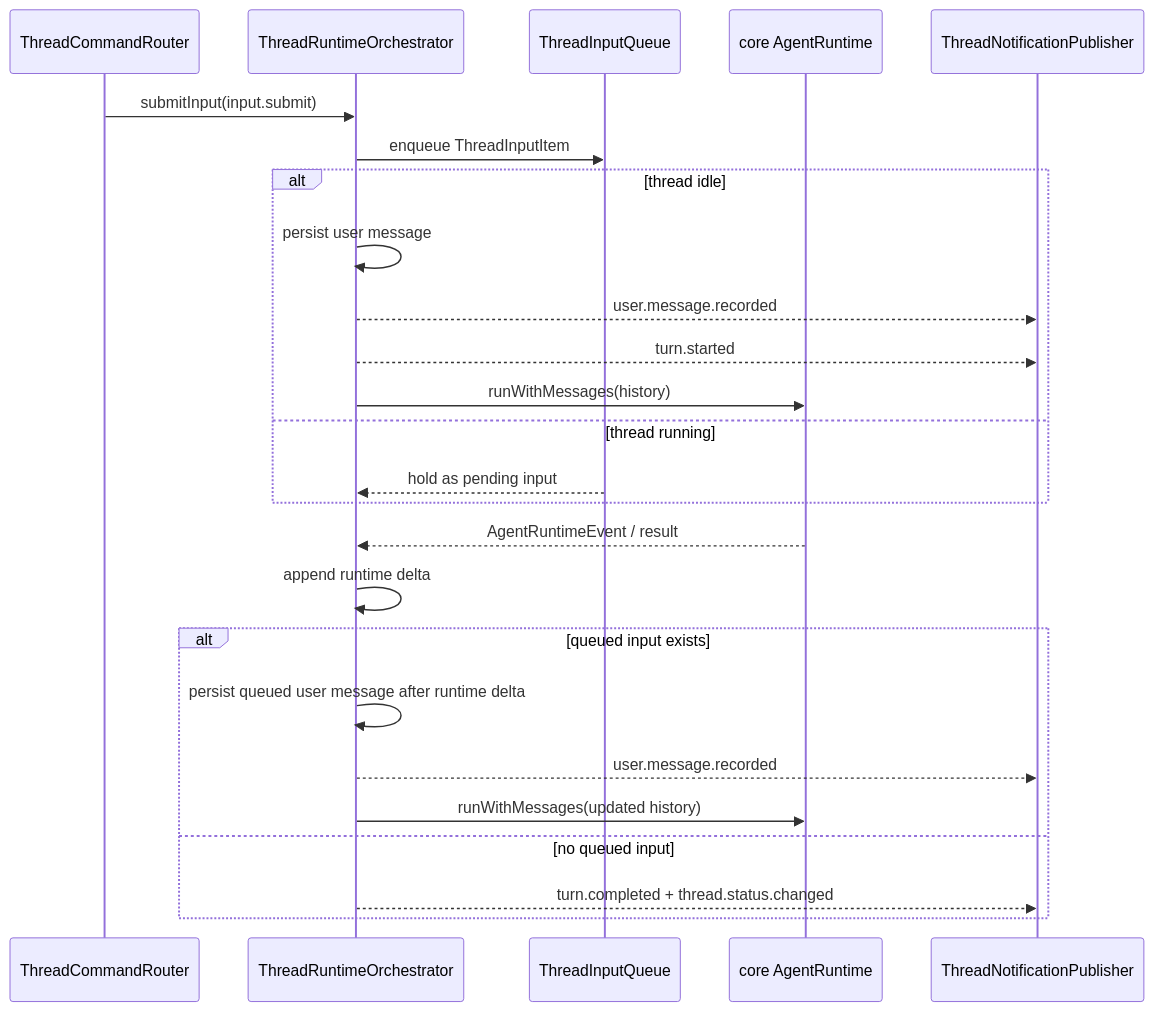
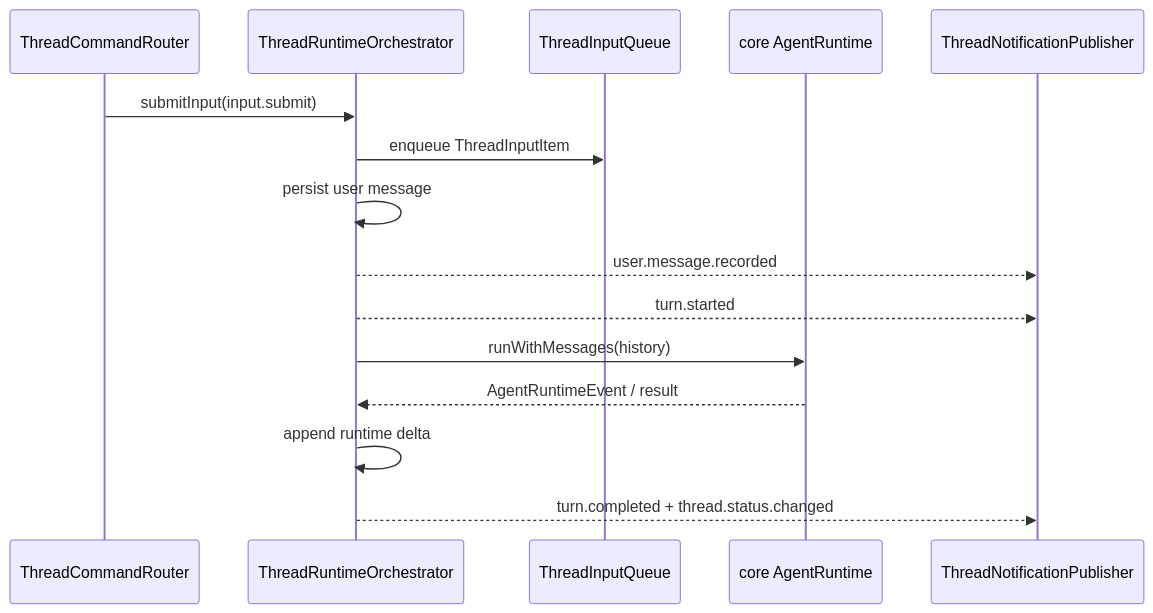
The diagram in apps/agent-server/src/thread/thread.md (Lixuhang987/SpotAgent), drawn with Mermaid before and after one commit. The commit also changed other lines of this file and 10 other files, not shown here.

````diff
--- a/apps/agent-server/src/thread/thread.md
+++ b/apps/agent-server/src/thread/thread.md
@@ -23,28 +23,18 @@
 ```mermaid
 sequenceDiagram
   participant Router as ThreadCommandRouter
   participant Orchestrator as ThreadRuntimeOrchestrator
   participant Queue as ThreadInputQueue
   participant Runtime as core AgentRuntime
   participant Publisher as ThreadNotificationPublisher
 
   Router->>Orchestrator: submitInput(input.submit)
   Orchestrator->>Queue: enqueue ThreadInputItem
-  alt thread idle
-    Orchestrator->>Orchestrator: persist user message
-    Orchestrator-->>Publisher: user.message.recorded
-    Orchestrator-->>Publisher: turn.started
-    Orchestrator->>Runtime: runWithMessages(history)
-  else thread running
-    Queue-->>Orchestrator: hold as pending input
-  end
+  Orchestrator->>Orchestrator: persist user message
+  Orchestrator-->>Publisher: user.message.recorded
+  Orchestrator-->>Publisher: turn.started
+  Orchestrator->>Runtime: runWithMessages(history)
   Runtime-->>Orchestrator: AgentRuntimeEvent / result
   Orchestrator->>Orchestrator: append runtime delta
-  alt queued input exists
-    Orchestrator->>Orchestrator: persist queued user message after runtime delta
-    Orchestrator-->>Publisher: user.message.recorded
-    Orchestrator->>Runtime: runWithMessages(updated history)
-  else no queued input
-    Orchestrator-->>Publisher: turn.completed + thread.status.changed
-  end
+  Orchestrator-->>Publisher: turn.completed + thread.status.changed
 ```
````
